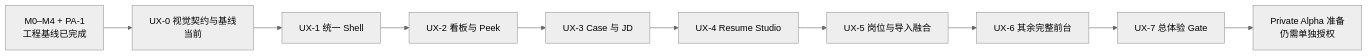
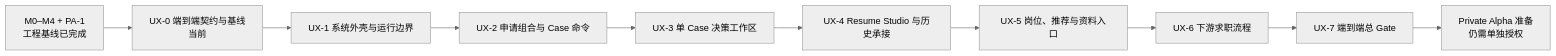
One commit to CodeVoyager21932/Aijob changed the diagram in docs/06-mvp-roadmap.md. Above: the diagram before and after it, drawn with Mermaid (neutral theme). The commit also changed other lines of this file and 9 other files, not shown here.

```diff
--- a/docs/06-mvp-roadmap.md
+++ b/docs/06-mvp-roadmap.md
@@ -36,12 +38,12 @@
 ~~~mermaid
 flowchart LR
-    B["M0–M4 + PA-1<br/>工程基线已完成"] --> U0["UX-0 视觉契约与基线<br/>当前"]
-    U0 --> U1["UX-1 统一 Shell"]
-    U1 --> U2["UX-2 看板与 Peek"]
-    U2 --> U3["UX-3 Case 与 JD"]
-    U3 --> U4["UX-4 Resume Studio"]
-    U4 --> U5["UX-5 岗位与导入融合"]
-    U5 --> U6["UX-6 其余完整前台"]
-    U6 --> U7["UX-7 总体验 Gate"]
+    B["M0–M4 + PA-1<br/>工程基线已完成"] --> U0["UX-0 端到端契约与基线<br/>当前"]
+    U0 --> U1["UX-1 系统外壳与运行边界"]
+    U1 --> U2["UX-2 申请组合与 Case 命令"]
+    U2 --> U3["UX-3 单 Case 决策工作区"]
+    U3 --> U4["UX-4 Resume Studio 与历史承接"]
+    U4 --> U5["UX-5 岗位、推荐与资料入口"]
+    U5 --> U6["UX-6 下游求职流程"]
+    U6 --> U7["UX-7 端到端总 Gate"]
     U7 --> P["Private Alpha 准备<br/>仍需单独授权"]
 ~~~
```
